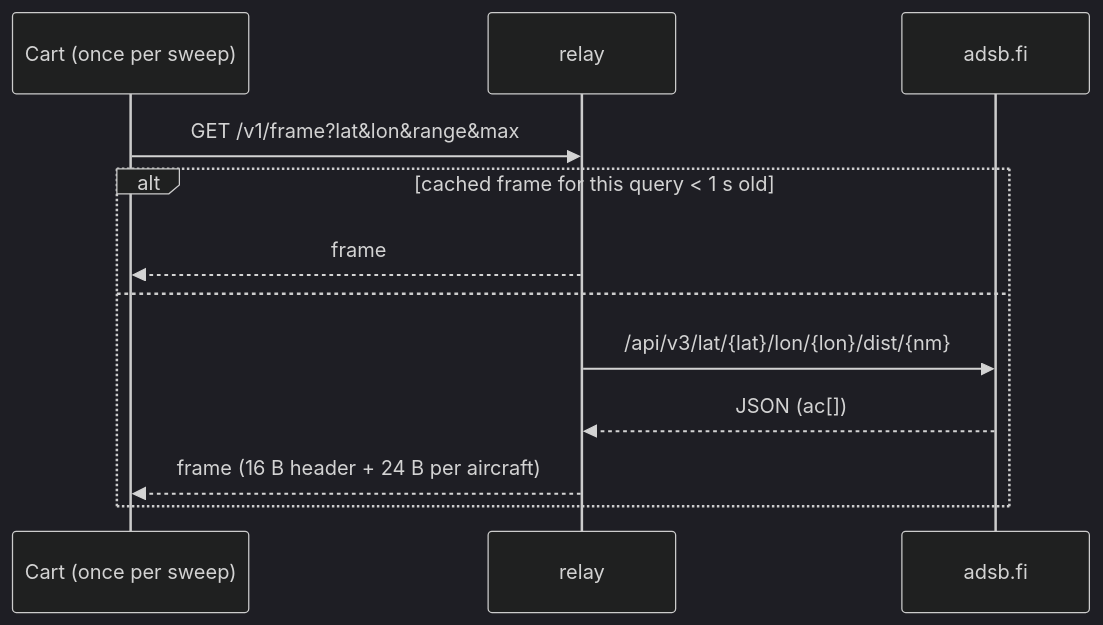
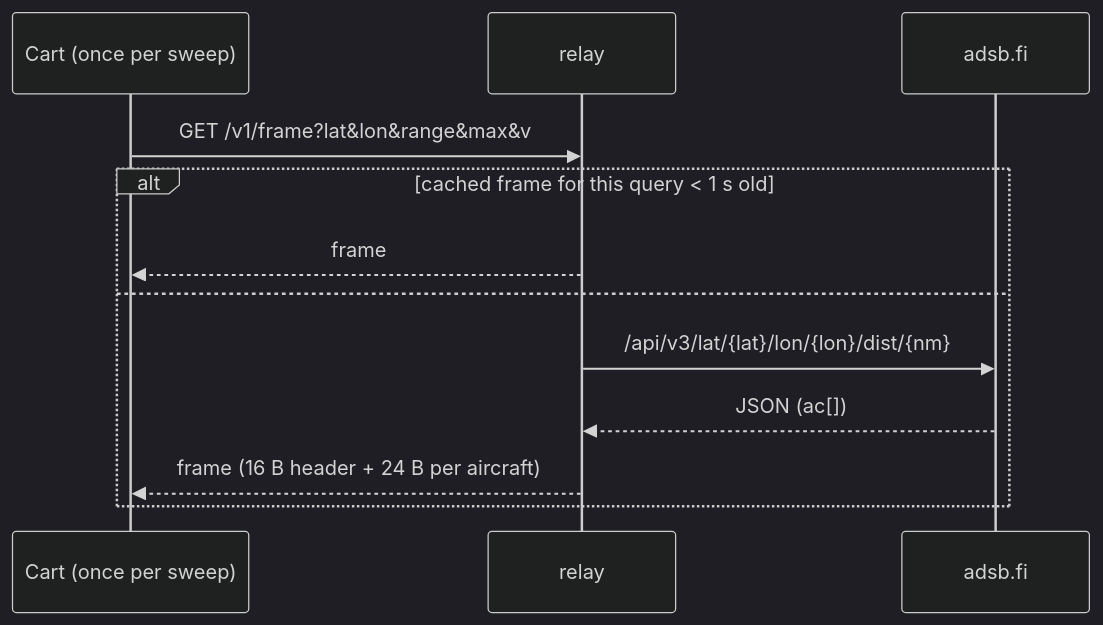
Before and after one commit to jfryman/mega-wifi-radar: the diagram in docs/relay.md, drawn with Mermaid (dark theme). The commit also changed other lines of this file and 19 other files, not shown here.

````diff
--- a/docs/relay.md
+++ b/docs/relay.md
@@ -8,14 +8,14 @@
 ```mermaid
 sequenceDiagram
   participant MD as Cart (once per sweep)
   participant R as relay
   participant A as adsb.fi
-  MD->>R: GET /v1/frame?lat&lon&range&max
+  MD->>R: GET /v1/frame?lat&lon&range&max&v
   alt cached frame for this query < 1 s old
     R-->>MD: frame
   else
     R->>A: /api/v3/lat/{lat}/lon/{lon}/dist/{nm}
     A-->>R: JSON (ac[])
     R-->>MD: frame (16 B header + 24 B per aircraft)
   end
 ```
````
